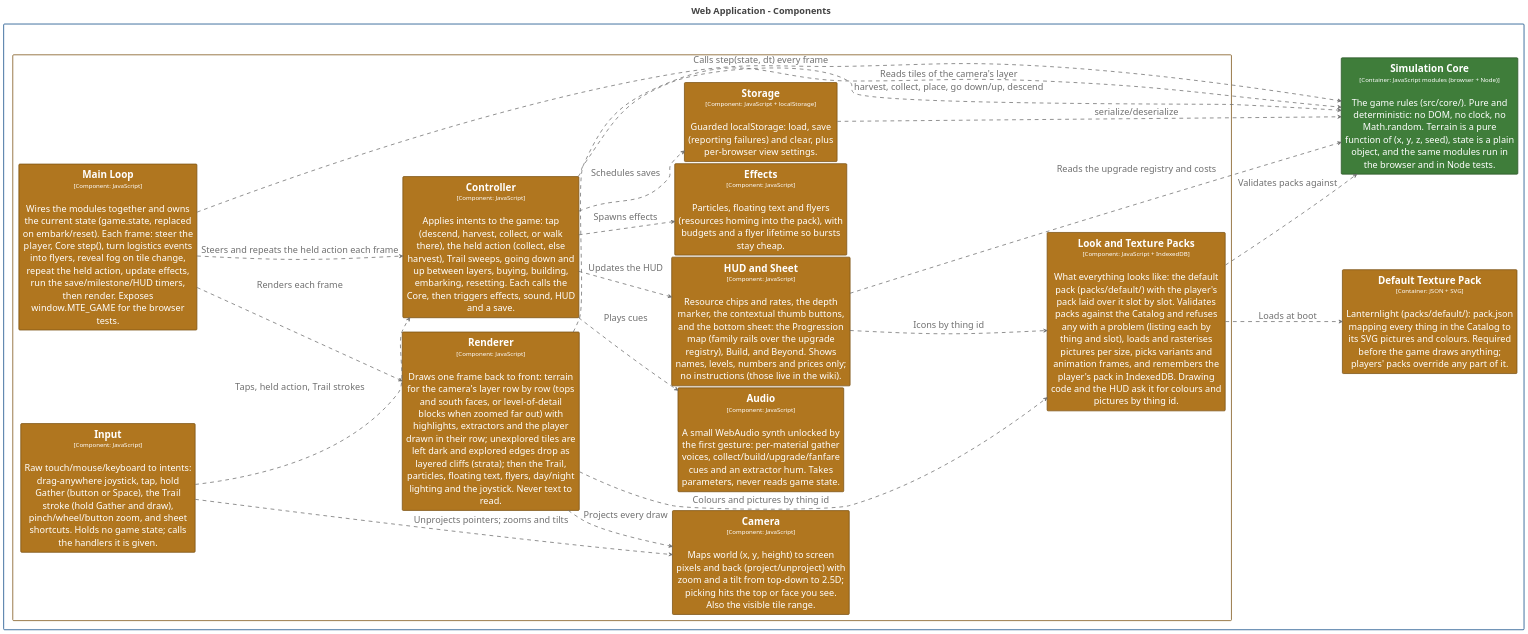
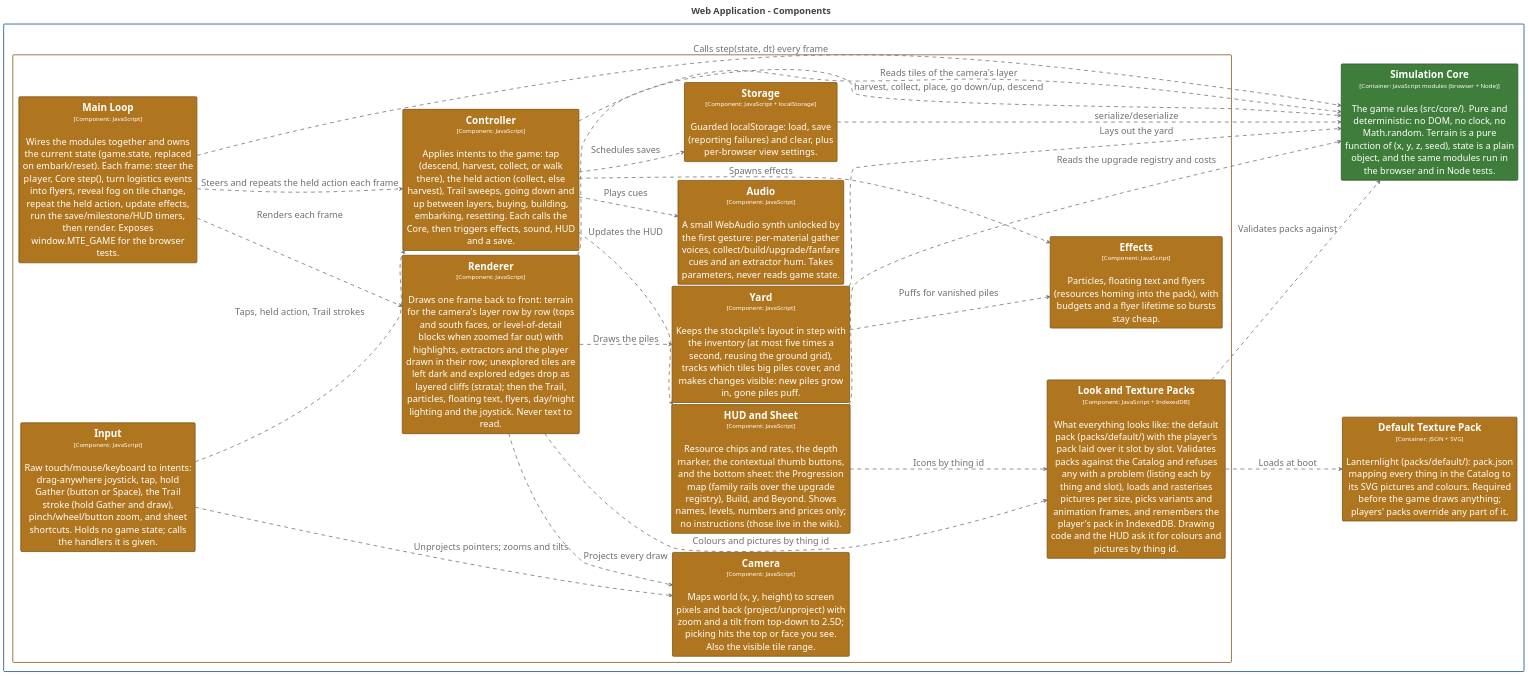
One commit to bitkojine/more-than-enough changed the diagram in structurizr/diagrams/AppComponents.puml. Above: the diagram before and after it, drawn with PlantUML. The commit also changed 60 other files, not shown here.

```diff
--- a/structurizr/diagrams/AppComponents.puml
+++ b/structurizr/diagrams/AppComponents.puml
@@ -2,121 +2,125 @@
 @startuml
 title <size:24>Web Application - Components</size>
 
 set separator none
 left to right direction
 skinparam ranksep 20
 skinparam nodesep 5
 hide stereotype
 
 <style>
   root {
     BackgroundColor: #ffffff;
     FontColor: #444444;
   }
   // Element,Component,Presentation
   .Element-RWxlbWVudCxDb21wb25lbnQsUHJlc2VudGF0aW9u {
     BackgroundColor: #b0761f;
     LineColor: #7b5215;
     LineStyle: 0;
     LineThickness: 2;
     FontColor: #ffffff;
     FontSize: 24;
     HorizontalAlignment: center;
     Shadowing: 0;
     MaximumWidth: 450;
   }
   // Element,Container,Core Engine
   .Element-RWxlbWVudCxDb250YWluZXIsQ29yZSBFbmdpbmU= {
     BackgroundColor: #3f7d3a;
     LineColor: #2c5728;
     LineStyle: 0;
     LineThickness: 2;
     FontColor: #ffffff;
     FontSize: 24;
     HorizontalAlignment: center;
     Shadowing: 0;
     MaximumWidth: 450;
   }
   // Element,Container,Presentation
   .Element-RWxlbWVudCxDb250YWluZXIsUHJlc2VudGF0aW9u {
     BackgroundColor: #b0761f;
     LineColor: #7b5215;
     LineStyle: 0;
     LineThickness: 2;
     FontColor: #ffffff;
     FontSize: 24;
     HorizontalAlignment: center;
     Shadowing: 0;
     MaximumWidth: 450;
   }
   // Relationship
   .Relationship-UmVsYXRpb25zaGlw {
     LineThickness: 2;
     LineStyle: 10-10;
     LineColor: #707070;
     FontColor: #707070;
     FontSize: 24;
     MaximumWidth: 200;
   }
   // MORE THAN ENOUGH
   .Boundary-TU9SRSBUSEFOIEVOT1VHSA== {
     BackgroundColor: #ffffff;
     LineColor: #0b4884;
     LineStyle: 0;
     LineThickness: 2;
     FontColor: #ffffff;
     FontSize: 24;
     HorizontalAlignment: center;
     Shadowing: 0;
   }
   // Web Application
   .Boundary-V2ViIEFwcGxpY2F0aW9u {
     BackgroundColor: #ffffff;
     LineColor: #7b5215;
     LineStyle: 0;
     LineThickness: 2;
     FontColor: #ffffff;
     FontSize: 24;
     HorizontalAlignment: center;
     Shadowing: 0;
   }
 </style>
 
 rectangle "MORE THAN ENOUGH\n<size:16>[Software System]</size>" <<Boundary-TU9SRSBUSEFOIEVOT1VHSA==>> {
   rectangle "Web Application\n<size:16>[Container: HTML/CSS/JavaScript modules]</size>" <<Boundary-V2ViIEFwcGxpY2F0aW9u>> {
     rectangle "==Effects\n<size:16>[Component: JavaScript]</size>\n\nParticles, floating text and flyers (resources homing into the pack), with budgets and a flyer lifetime so bursts stay cheap." <<Element-RWxlbWVudCxDb21wb25lbnQsUHJlc2VudGF0aW9u>> as MORETHANENOUGH.WebApplication.Effects
     rectangle "==HUD and Sheet\n<size:16>[Component: JavaScript]</size>\n\nResource chips and rates, the depth marker, the contextual thumb buttons, and the bottom sheet: the Progression map (family rails over the upgrade registry), Build, and Beyond. Shows names, levels, numbers and prices only; no instructions (those live in the wiki)." <<Element-RWxlbWVudCxDb21wb25lbnQsUHJlc2VudGF0aW9u>> as MORETHANENOUGH.WebApplication.HUDandSheet
     rectangle "==Audio\n<size:16>[Component: JavaScript]</size>\n\nA small WebAudio synth unlocked by the first gesture: per-material gather voices, collect/build/upgrade/fanfare cues and an extractor hum. Takes parameters, never reads game state." <<Element-RWxlbWVudCxDb21wb25lbnQsUHJlc2VudGF0aW9u>> as MORETHANENOUGH.WebApplication.Audio
     rectangle "==Look and Texture Packs\n<size:16>[Component: JavaScript + IndexedDB]</size>\n\nWhat everything looks like: the default pack (packs/default/) with the player's pack laid over it slot by slot. Validates packs against the Catalog and refuses any with a problem (listing each by thing and slot), loads and rasterises pictures per size, picks variants and animation frames, and remembers the player's pack in IndexedDB. Drawing code and the HUD ask it for colours and pictures by thing id." <<Element-RWxlbWVudCxDb21wb25lbnQsUHJlc2VudGF0aW9u>> as MORETHANENOUGH.WebApplication.LookandTexturePacks
+    rectangle "==Yard\n<size:16>[Component: JavaScript]</size>\n\nKeeps the stockpile's layout in step with the inventory (at most five times a second, reusing the ground grid), tracks which tiles big piles cover, and makes changes visible: new piles grow in, gone piles puff." <<Element-RWxlbWVudCxDb21wb25lbnQsUHJlc2VudGF0aW9u>> as MORETHANENOUGH.WebApplication.Yard
     rectangle "==Storage\n<size:16>[Component: JavaScript + localStorage]</size>\n\nGuarded localStorage: load, save (reporting failures) and clear, plus per-browser view settings." <<Element-RWxlbWVudCxDb21wb25lbnQsUHJlc2VudGF0aW9u>> as MORETHANENOUGH.WebApplication.Storage
     rectangle "==Main Loop\n<size:16>[Component: JavaScript]</size>\n\nWires the modules together and owns the current state (game.state, replaced on embark/reset). Each frame: steer the player, Core step(), turn logistics events into flyers, reveal fog on tile change, repeat the held action, update effects, run the save/milestone/HUD timers, then render. Exposes window.MTE_GAME for the browser tests." <<Element-RWxlbWVudCxDb21wb25lbnQsUHJlc2VudGF0aW9u>> as MORETHANENOUGH.WebApplication.MainLoop
     rectangle "==Input\n<size:16>[Component: JavaScript]</size>\n\nRaw touch/mouse/keyboard to intents: drag-anywhere joystick, tap, hold Gather (button or Space), the Trail stroke (hold Gather and draw), pinch/wheel/button zoom, and sheet shortcuts. Holds no game state; calls the handlers it is given." <<Element-RWxlbWVudCxDb21wb25lbnQsUHJlc2VudGF0aW9u>> as MORETHANENOUGH.WebApplication.Input
     rectangle "==Controller\n<size:16>[Component: JavaScript]</size>\n\nApplies intents to the game: tap (descend, harvest, collect, or walk there), the held action (collect, else harvest), Trail sweeps, going down and up between layers, buying, building, embarking, resetting. Each calls the Core, then triggers effects, sound, HUD and a save." <<Element-RWxlbWVudCxDb21wb25lbnQsUHJlc2VudGF0aW9u>> as MORETHANENOUGH.WebApplication.Controller
     rectangle "==Camera\n<size:16>[Component: JavaScript]</size>\n\nMaps world (x, y, height) to screen pixels and back (project/unproject) with zoom and a tilt from top-down to 2.5D; picking hits the top or face you see. Also the visible tile range." <<Element-RWxlbWVudCxDb21wb25lbnQsUHJlc2VudGF0aW9u>> as MORETHANENOUGH.WebApplication.Camera
     rectangle "==Renderer\n<size:16>[Component: JavaScript]</size>\n\nDraws one frame back to front: terrain for the camera's layer row by row (tops and south faces, or level-of-detail blocks when zoomed far out) with highlights, extractors and the player drawn in their row; unexplored tiles are left dark and explored edges drop as layered cliffs (strata); then the Trail, particles, floating text, flyers, day/night lighting and the joystick. Never text to read." <<Element-RWxlbWVudCxDb21wb25lbnQsUHJlc2VudGF0aW9u>> as MORETHANENOUGH.WebApplication.Renderer
   }
 
   rectangle "==Default Texture Pack\n<size:16>[Container: JSON + SVG]</size>\n\nLanternlight (packs/default/): pack.json mapping every thing in the Catalog to its SVG pictures and colours. Required before the game draws anything; players' packs override any part of it." <<Element-RWxlbWVudCxDb250YWluZXIsUHJlc2VudGF0aW9u>> as MORETHANENOUGH.DefaultTexturePack
   rectangle "==Simulation Core\n<size:16>[Container: JavaScript modules (browser + Node)]</size>\n\nThe game rules (src/core/). Pure and deterministic: no DOM, no clock, no Math.random. Terrain is a pure function of (x, y, z, seed), state is a plain object, and the same modules run in the browser and in Node tests." <<Element-RWxlbWVudCxDb250YWluZXIsQ29yZSBFbmdpbmU=>> as MORETHANENOUGH.SimulationCore
 }
 
 MORETHANENOUGH.WebApplication.Input --> MORETHANENOUGH.WebApplication.Controller <<Relationship-UmVsYXRpb25zaGlw>> : "Taps, held action, Trail strokes"
 MORETHANENOUGH.WebApplication.Input --> MORETHANENOUGH.WebApplication.Camera <<Relationship-UmVsYXRpb25zaGlw>> : "Unprojects pointers; zooms and tilts"
 MORETHANENOUGH.WebApplication.MainLoop --> MORETHANENOUGH.WebApplication.Controller <<Relationship-UmVsYXRpb25zaGlw>> : "Steers and repeats the held action each frame"
 MORETHANENOUGH.WebApplication.MainLoop --> MORETHANENOUGH.SimulationCore <<Relationship-UmVsYXRpb25zaGlw>> : "Calls step(state, dt) every frame"
 MORETHANENOUGH.WebApplication.MainLoop --> MORETHANENOUGH.WebApplication.Renderer <<Relationship-UmVsYXRpb25zaGlw>> : "Renders each frame"
 MORETHANENOUGH.WebApplication.Controller --> MORETHANENOUGH.SimulationCore <<Relationship-UmVsYXRpb25zaGlw>> : "harvest, collect, place, go down/up, descend"
 MORETHANENOUGH.WebApplication.Controller --> MORETHANENOUGH.WebApplication.Effects <<Relationship-UmVsYXRpb25zaGlw>> : "Spawns effects"
 MORETHANENOUGH.WebApplication.Controller --> MORETHANENOUGH.WebApplication.Audio <<Relationship-UmVsYXRpb25zaGlw>> : "Plays cues"
 MORETHANENOUGH.WebApplication.Controller --> MORETHANENOUGH.WebApplication.HUDandSheet <<Relationship-UmVsYXRpb25zaGlw>> : "Updates the HUD"
 MORETHANENOUGH.WebApplication.Controller --> MORETHANENOUGH.WebApplication.Storage <<Relationship-UmVsYXRpb25zaGlw>> : "Schedules saves"
 MORETHANENOUGH.WebApplication.Renderer --> MORETHANENOUGH.WebApplication.Camera <<Relationship-UmVsYXRpb25zaGlw>> : "Projects every draw"
 MORETHANENOUGH.WebApplication.Renderer --> MORETHANENOUGH.SimulationCore <<Relationship-UmVsYXRpb25zaGlw>> : "Reads tiles of the camera's layer"
 MORETHANENOUGH.WebApplication.HUDandSheet --> MORETHANENOUGH.SimulationCore <<Relationship-UmVsYXRpb25zaGlw>> : "Reads the upgrade registry and costs"
 MORETHANENOUGH.WebApplication.Storage --> MORETHANENOUGH.SimulationCore <<Relationship-UmVsYXRpb25zaGlw>> : "serialize/deserialize"
 MORETHANENOUGH.WebApplication.Renderer --> MORETHANENOUGH.WebApplication.LookandTexturePacks <<Relationship-UmVsYXRpb25zaGlw>> : "Colours and pictures by thing id"
+MORETHANENOUGH.WebApplication.Renderer --> MORETHANENOUGH.WebApplication.Yard <<Relationship-UmVsYXRpb25zaGlw>> : "Draws the piles"
+MORETHANENOUGH.WebApplication.Yard --> MORETHANENOUGH.SimulationCore <<Relationship-UmVsYXRpb25zaGlw>> : "Lays out the yard"
+MORETHANENOUGH.WebApplication.Yard --> MORETHANENOUGH.WebApplication.Effects <<Relationship-UmVsYXRpb25zaGlw>> : "Puffs for vanished piles"
 MORETHANENOUGH.WebApplication.HUDandSheet --> MORETHANENOUGH.WebApplication.LookandTexturePacks <<Relationship-UmVsYXRpb25zaGlw>> : "Icons by thing id"
 MORETHANENOUGH.WebApplication.LookandTexturePacks --> MORETHANENOUGH.SimulationCore <<Relationship-UmVsYXRpb25zaGlw>> : "Validates packs against"
 MORETHANENOUGH.WebApplication.LookandTexturePacks --> MORETHANENOUGH.DefaultTexturePack <<Relationship-UmVsYXRpb25zaGlw>> : "Loads at boot"
 
 @enduml
```
